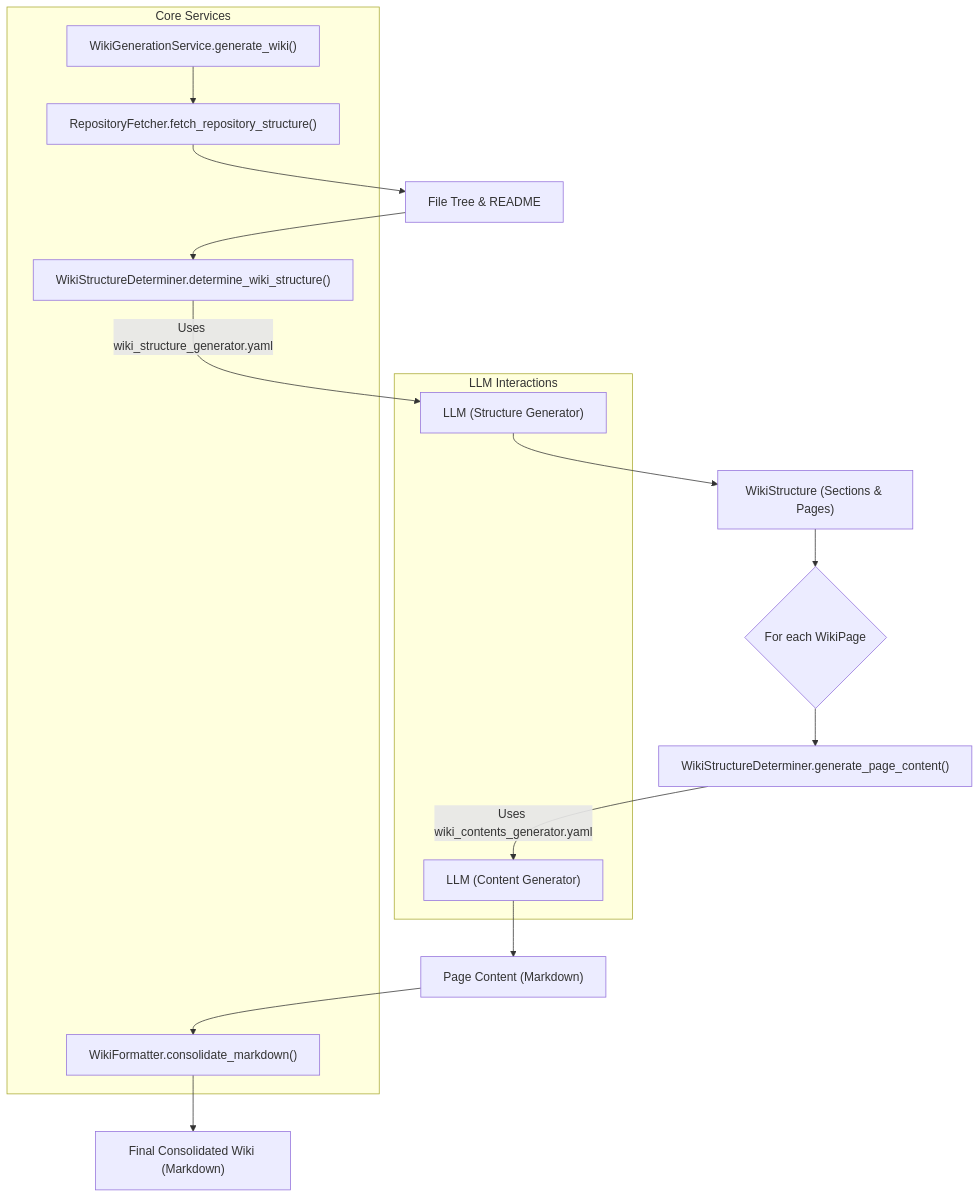
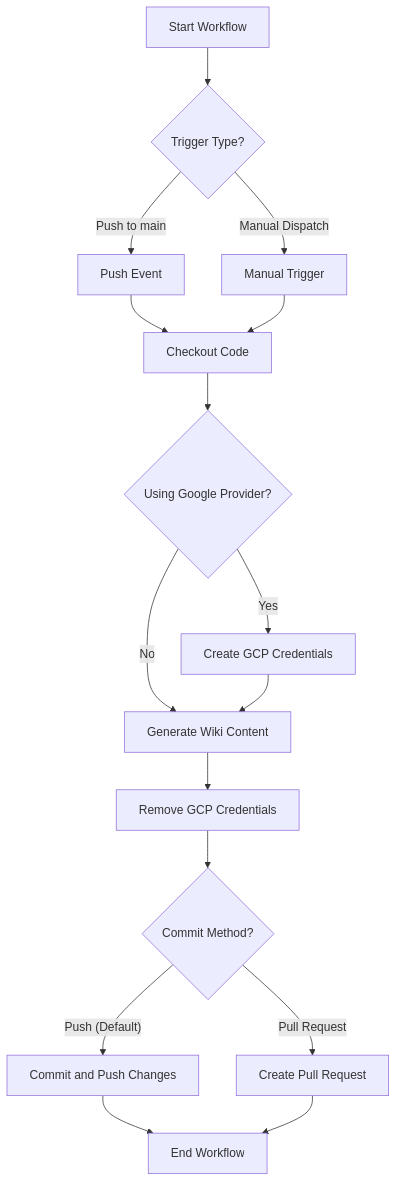
One commit to catuscio/wiki-as-readme changed the first of 14 diagrams in examples/wiki_as_README.md. Above: the diagram before and after it, drawn with Mermaid. The commit also changed other lines of this file, not shown here.

Commit message:
✨📚 Update examples/wiki_as_README.md via Wiki-As-Readme Action (en)

````diff
--- a/examples/wiki_as_README.md
+++ b/examples/wiki_as_README.md
@@ -338,25 +185,24 @@
 ```mermaid
 graph TD
-    A["WikiGenerationService.generate_wiki()"] --> B["RepositoryFetcher.fetch_repository_structure()"];
-    B --> C["File Tree & README"];
-    C --> D["WikiStructureDeterminer.determine_wiki_structure()"];
-    D -- "Uses wiki_structure_generator.yaml" --> E["LLM (Structure Generator)"];
-    E --> F["WikiStructure (Sections & Pages)"];
-    F --> G{"For each WikiPage"};
-    G --> H["WikiStructureDeterminer.generate_page_content()"];
-    H -- "Uses wiki_contents_generator.yaml" --> I["LLM (Content Generator)"];
-    I --> J["Page Content (Markdown)"];
-    J --> K["WikiFormatter.consolidate_markdown()"];
-    K --> L["Final Consolidated Wiki (Markdown)"];
+    A["Start Workflow"] --> B{"Trigger Type?"}
 
-    subgraph LLM Interactions
-        E
-        I
-    end
-    subgraph Core Services
-        A
-        B
-        D
-        K
-    end
+    B -- "Push to main" --> C["Push Event"]
+    B -- "Manual Dispatch" --> D["Manual Trigger"]
+
+    C --> E["Checkout Code"]
+    D --> E
+
+    E --> F{"Using Google Provider?"}
+    F -- "Yes" --> G["Create GCP Credentials"]
+    F -- "No" --> H["Generate Wiki Content"]
+
+    G --> H
+    H --> I["Remove GCP Credentials"]
+
+    I --> J{"Commit Method?"}
+    J -- "Push (Default)" --> K["Commit and Push Changes"]
+    J -- "Pull Request" --> L["Create Pull Request"]
+
+    K --> M["End Workflow"]
+    L --> M
 ```
````
